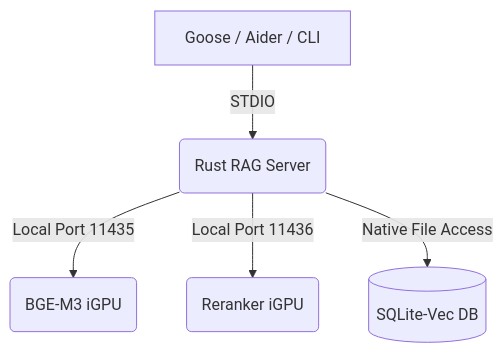
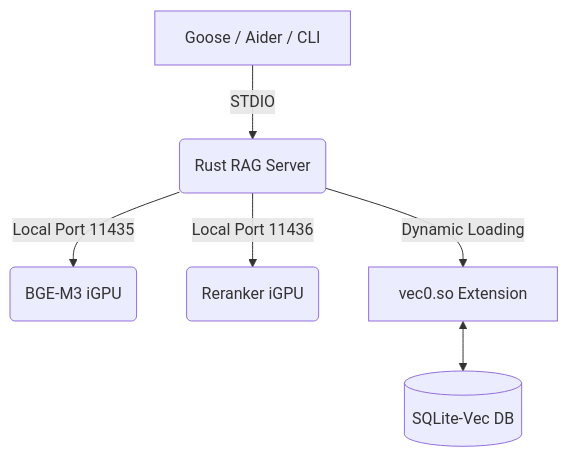
The diagram in README.md (bengtfrost/rag-server), drawn with Mermaid before and after one commit. The commit also changed other lines of this file and 1 other file, not shown here.

Commit message:
Full Rust RAG migration: Integrated vec0.so (v0.1.9), exact BPE tokenization, and consolidated config at ~/.config/rag-server. Updated README.md

````diff
--- a/README.md
+++ b/README.md
@@ -25,7 +27,8 @@
 ```mermaid
 graph TD
     A[Goose / Aider / CLI] -->|STDIO| B(Rust RAG Server)
     B -->|Local Port 11435| C(BGE-M3 iGPU)
     B -->|Local Port 11436| D(Reranker iGPU)
-    B -->|Native File Access| E[(SQLite-Vec DB)]
+    B -->|Dynamic Loading| E[vec0.so Extension]
+    E <--> F[(SQLite-Vec DB)]
 ```
````
